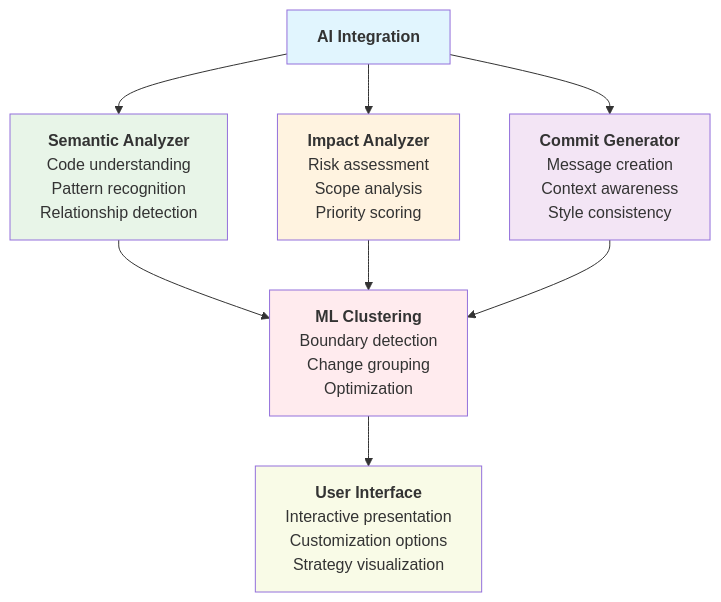
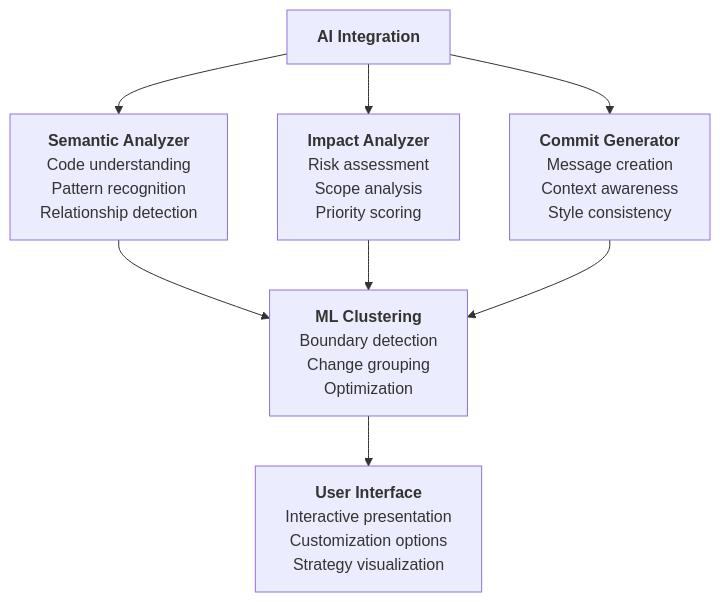
The seventh of 7 diagrams in docs/diagrams/mastro-split-flow.md (geogoesbeepboop/mastro), drawn with Mermaid before and after one commit. The commit also changed other lines of this file and 5 other files, not shown here.

First line of the commit message:
docs: update analytics and flow diagrams for clarity

````diff
--- a/docs/diagrams/mastro-split-flow.md
+++ b/docs/diagrams/mastro-split-flow.md
@@ -287,37 +299,39 @@
 ```mermaid
+
 graph TB
     AI["`**AI Integration**`"] --> SA["`**Semantic Analyzer**
     Code understanding
     Pattern recognition
     Relationship detection`"]
     
     AI --> IA["`**Impact Analyzer**
     Risk assessment
     Scope analysis
     Priority scoring`"]
     
     AI --> CG["`**Commit Generator**
     Message creation
     Context awareness
     Style consistency`"]
     
     SA --> ML["`**ML Clustering**
     Boundary detection
     Change grouping
     Optimization`"]
     
     IA --> ML
     CG --> ML
     
     ML --> UI["`**User Interface**
     Interactive presentation
     Customization options
     Strategy visualization`"]
 
-    style AI fill:#e1f5fe
-    style SA fill:#e8f5e8
-    style IA fill:#fff3e0
-    style CG fill:#f3e5f5
-    style ML fill:#ffebee
-    style UI fill:#f9fbe7
+    style AI fill:#e1f5fe color:#000000
+    style SA fill:#e8f5e8 color:#000000
+    style IA fill:#fff3e0 color:#000000
+    style CG fill:#f3e5f5 color:#000000
+    style ML fill:#ffebee color:#000000
+    style UI fill:#f9fbe7 color:#000000
+
 ```
````
